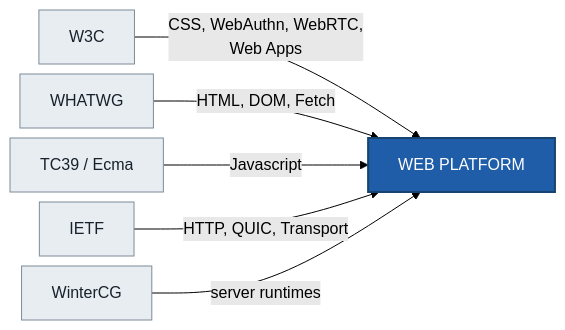
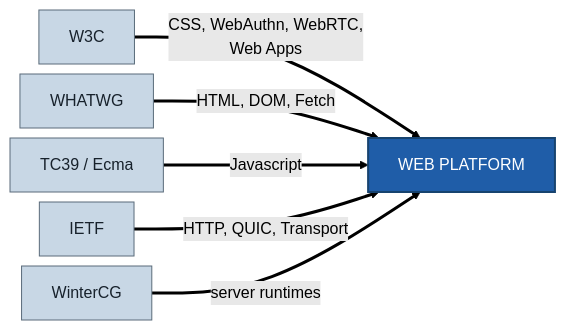
The third of 4 diagrams in slides.md (Momomash/hitchhiking-web-platform), drawn with Mermaid (forest theme) before and after one commit. The commit also changed other lines of this file and 2 other files, not shown here.

````diff
--- a/slides.md
+++ b/slides.md
@@ -2306,16 +2287,18 @@
 ```mermaid
 %%{init: {'flowchart': {'curve': 'basis', 'nodeSpacing': 10, 'rankSpacing': 10}}}%%
 flowchart LR
 
   W3C["W3C"] -->|CSS, WebAuthn, WebRTC,\nWeb Apps| WEB["WEB PLATFORM"]
   WHATWG["WHATWG"] -->|HTML, DOM, Fetch| WEB
   TC39["TC39 / Ecma"] -->|Javascript| WEB
   IETF["IETF"] -->|HTTP, QUIC, Transport| WEB
   WINTER["WinterCG"] -->|server runtimes| WEB
 
   classDef web fill:#1f5da8,stroke:#17436f,color:#fff,stroke-width:2px;
-  classDef org fill:#e8edf2,stroke:#7d8b99,color:#17212b;
+  classDef org fill:#c8d7e5,stroke:#5a6b7a,color:#17212b;
 
   class WEB web;
   class W3C,WHATWG,TC39,IETF,WINTER org;
+
+  linkStyle default stroke-width:3px
 ```
````
